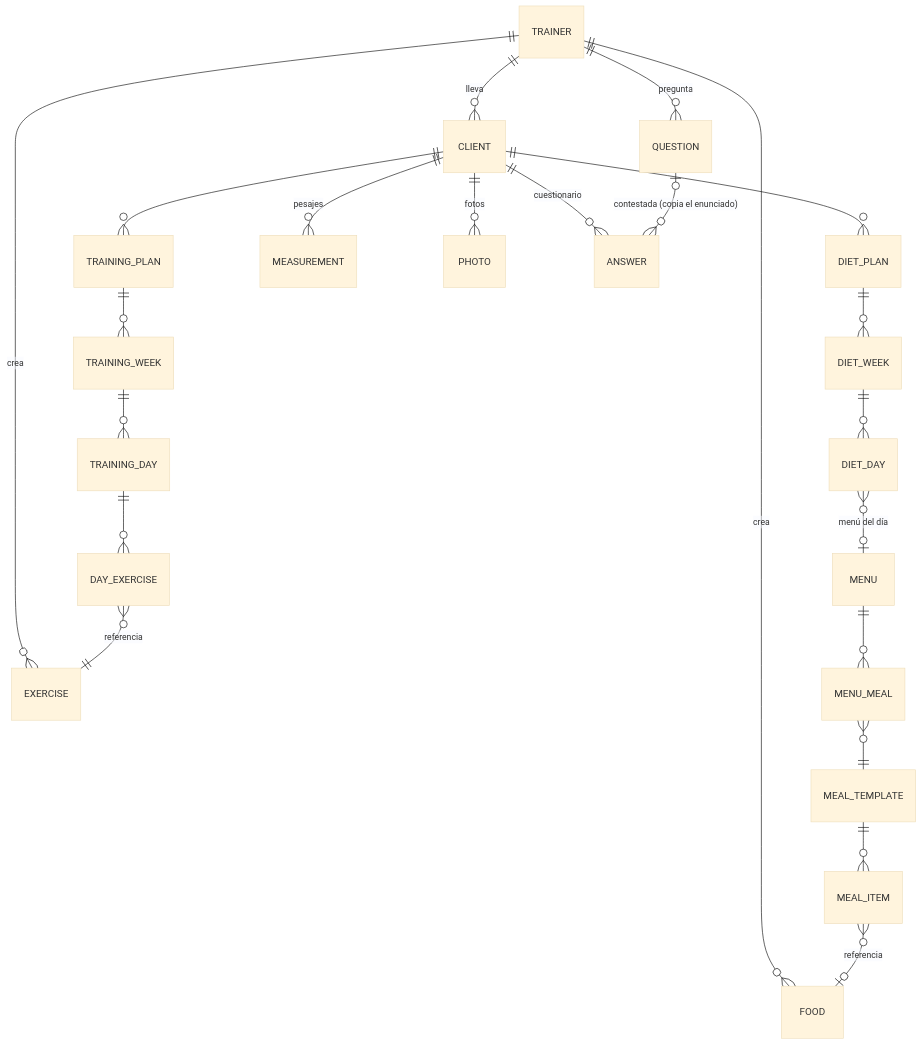
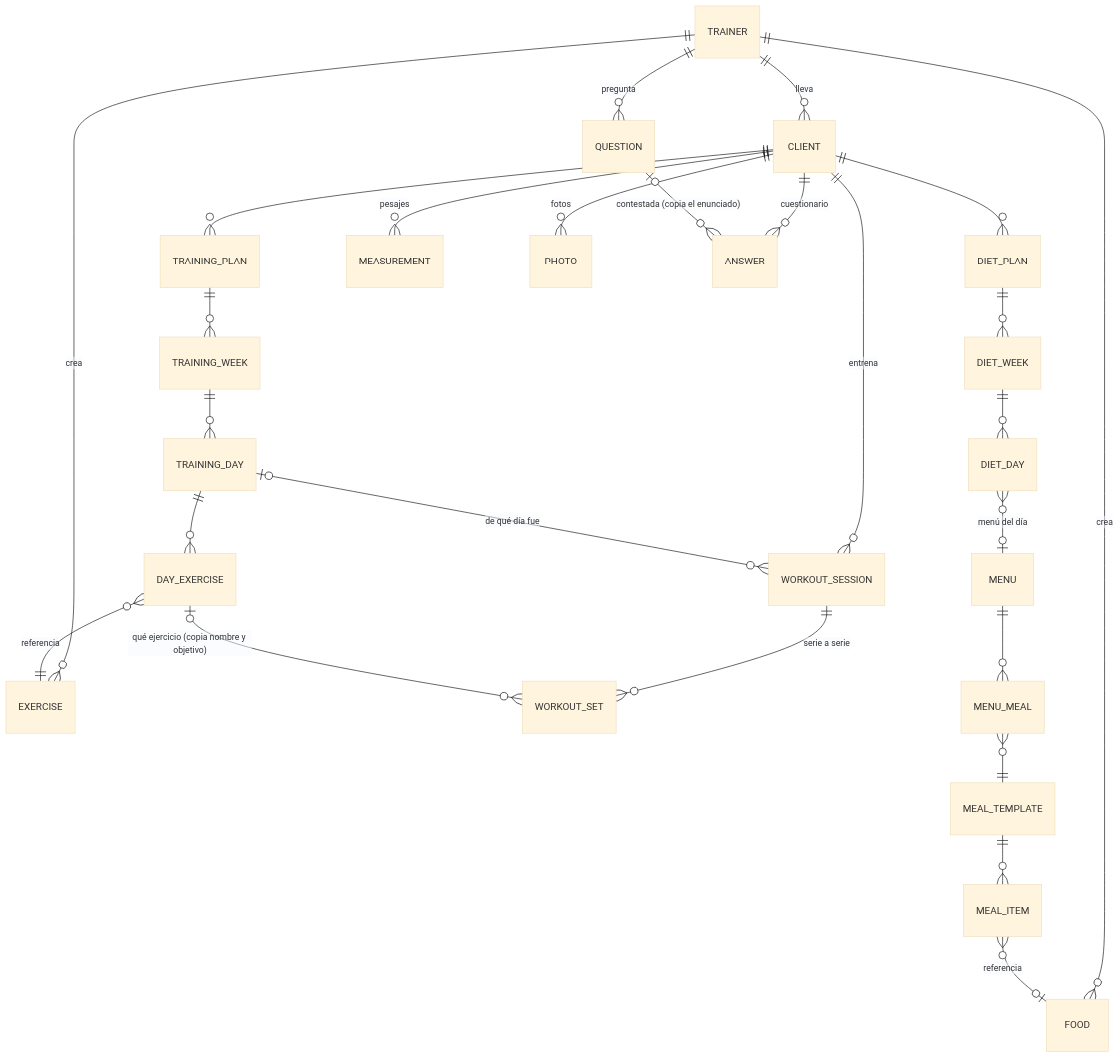
Before and after one commit to Folkenciyo/josema_rb: the second of 2 diagrams in README.md, drawn with Mermaid (base theme). The commit also changed other lines of this file and 35 other files, not shown here.

````diff
--- a/README.md
+++ b/README.md
@@ -141,24 +159,28 @@
 ```mermaid
 erDiagram
     TRAINER ||--o{ CLIENT : "lleva"
     TRAINER ||--o{ EXERCISE : "crea"
     TRAINER ||--o{ FOOD : "crea"
     CLIENT ||--o{ TRAINING_PLAN : ""
     CLIENT ||--o{ DIET_PLAN : ""
     CLIENT ||--o{ MEASUREMENT : "pesajes"
     CLIENT ||--o{ PHOTO : "fotos"
     CLIENT ||--o{ ANSWER : "cuestionario"
     TRAINER ||--o{ QUESTION : "pregunta"
     QUESTION |o--o{ ANSWER : "contestada (copia el enunciado)"
     TRAINING_PLAN ||--o{ TRAINING_WEEK : ""
     TRAINING_WEEK ||--o{ TRAINING_DAY : ""
     TRAINING_DAY ||--o{ DAY_EXERCISE : ""
     DAY_EXERCISE }o--|| EXERCISE : "referencia"
+    CLIENT ||--o{ WORKOUT_SESSION : "entrena"
+    TRAINING_DAY |o--o{ WORKOUT_SESSION : "de qué día fue"
+    WORKOUT_SESSION ||--o{ WORKOUT_SET : "serie a serie"
+    DAY_EXERCISE |o--o{ WORKOUT_SET : "qué ejercicio (copia nombre y objetivo)"
     DIET_PLAN ||--o{ DIET_WEEK : ""
     DIET_WEEK ||--o{ DIET_DAY : ""
     DIET_DAY }o--o| MENU : "menú del día"
     MENU ||--o{ MENU_MEAL : ""
     MENU_MEAL }o--|| MEAL_TEMPLATE : ""
     MEAL_TEMPLATE ||--o{ MEAL_ITEM : ""
     MEAL_ITEM }o--o| FOOD : "referencia"
 ```
````
